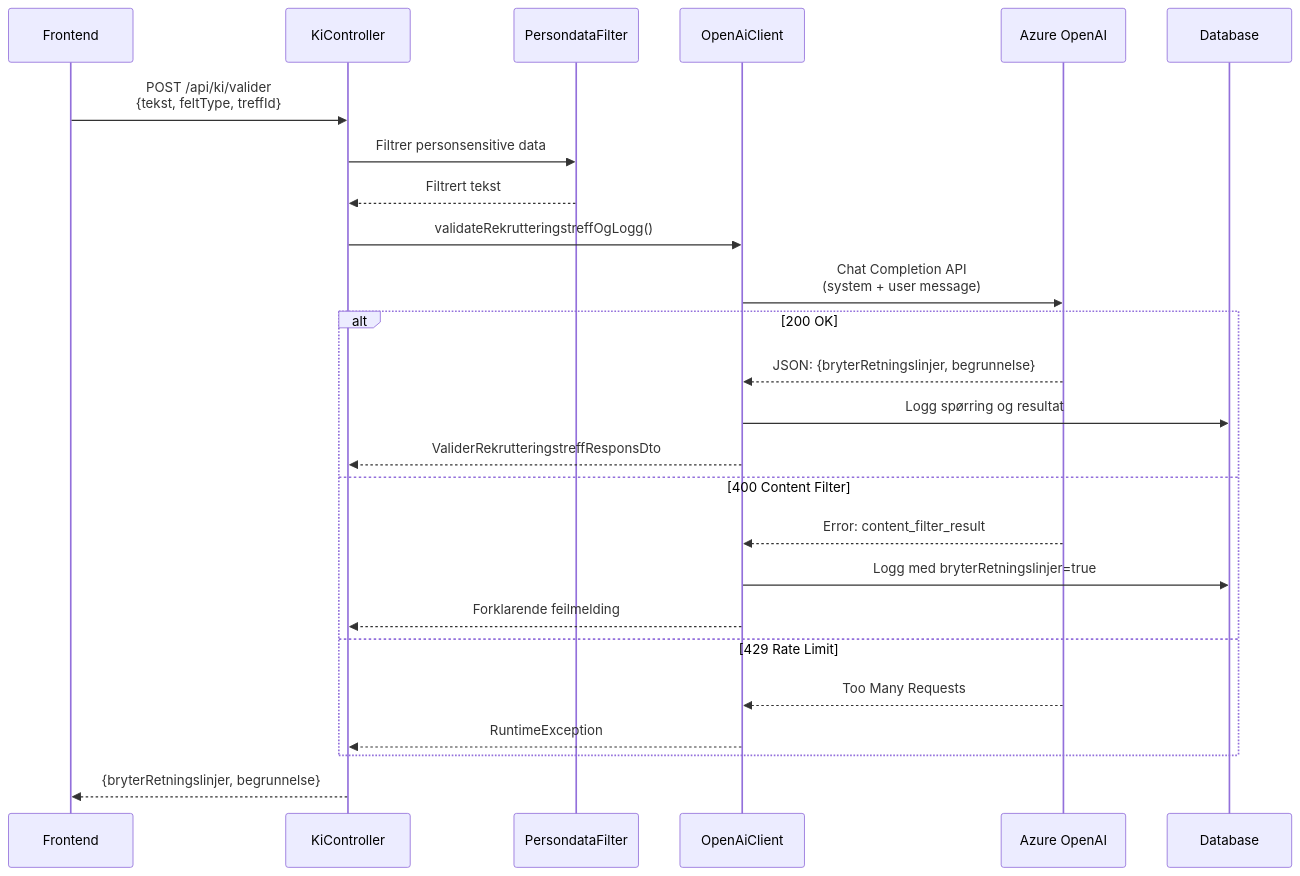
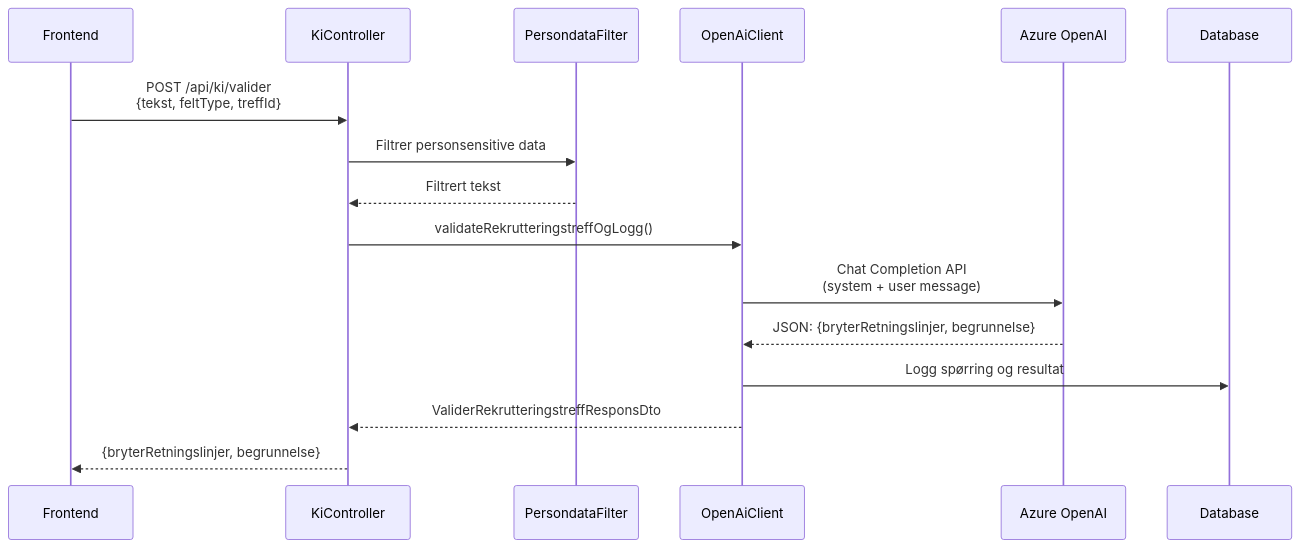
Before and after one commit to navikt/rekrutteringstreff-backend: the second of 5 diagrams in docs/5-ki/ki-moderering.md, drawn with Mermaid.

Commit message:
Forenkel ki modererings diagram

````diff
--- a/docs/5-ki/ki-moderering.md
+++ b/docs/5-ki/ki-moderering.md
@@ -123,30 +123,21 @@
 ```mermaid
 sequenceDiagram
     participant FE as Frontend
     participant KC as KiController
     participant PF as PersondataFilter
     participant OAC as OpenAiClient
     participant AOAI as Azure OpenAI
     participant DB as Database
 
     FE->>KC: POST /api/ki/valider<br/>{tekst, feltType, treffId}
     KC->>PF: Filtrer personsensitive data
     PF-->>KC: Filtrert tekst
     KC->>OAC: validateRekrutteringstreffOgLogg()
     OAC->>AOAI: Chat Completion API<br/>(system + user message)
 
-    alt 200 OK
-        AOAI-->>OAC: JSON: {bryterRetningslinjer, begrunnelse}
-        OAC->>DB: Logg spørring og resultat
-        OAC-->>KC: ValiderRekrutteringstreffResponsDto
-    else 400 Content Filter
-        AOAI-->>OAC: Error: content_filter_result
-        OAC->>DB: Logg med bryterRetningslinjer=true
-        OAC-->>KC: Forklarende feilmelding
-    else 429 Rate Limit
-        AOAI-->>OAC: Too Many Requests
-        OAC-->>KC: RuntimeException
-    end
+    AOAI-->>OAC: JSON: {bryterRetningslinjer, begrunnelse}
+    OAC->>DB: Logg spørring og resultat
+    OAC-->>KC: ValiderRekrutteringstreffResponsDto
 
     KC-->>FE: {bryterRetningslinjer, begrunnelse}
 ```
````
